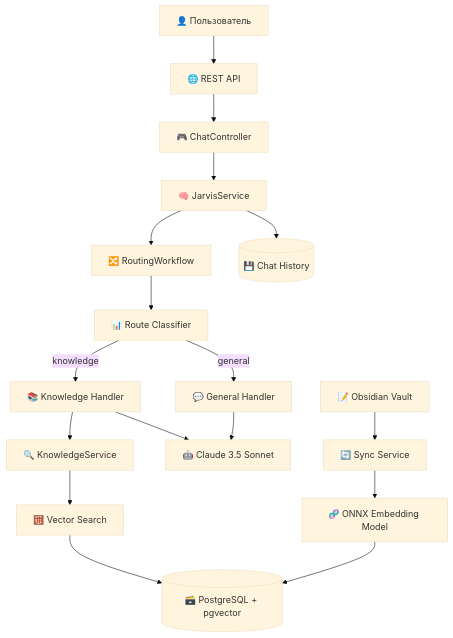
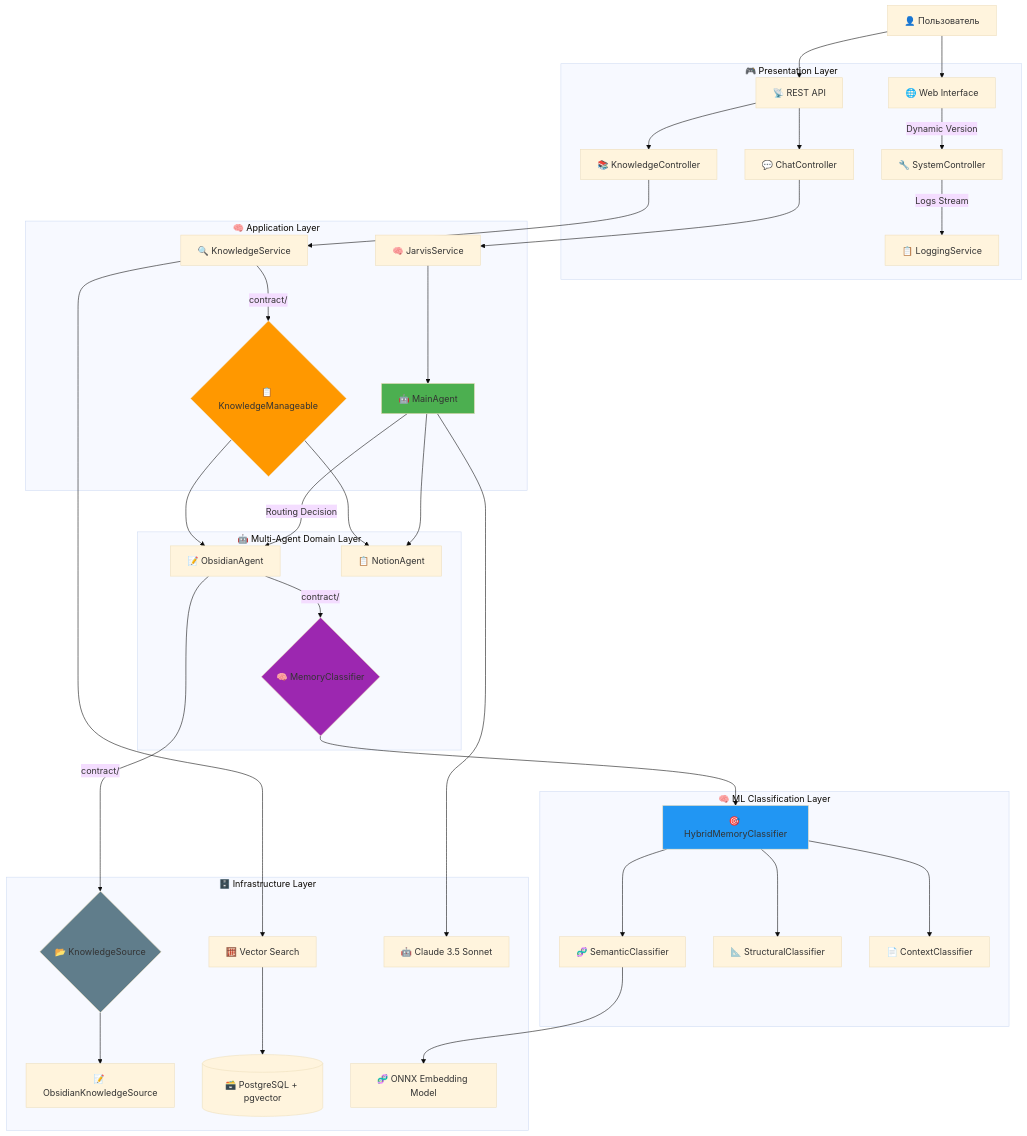
Before and after one commit to Danny-sth/vtoroy: the first of 18 diagrams in ARCHITECTURE.md, drawn with Mermaid (base theme). The commit also changed other lines of this file, not shown here.

First line of the commit message:
docs: Update ARCHITECTURE.md for v0.4.0 with Clean Architecture and ML classification

````diff
--- a/ARCHITECTURE.md
+++ b/ARCHITECTURE.md
@@ -22,25 +24,54 @@
 ```mermaid
 graph TB
-    User[👤 Пользователь] --> API[🌐 REST API]
-    API --> Controller[🎮 ChatController]
-    Controller --> JarvisService[🧠 JarvisService]
+    User[👤 Пользователь] --> WebUI[🌐 Web Interface]
+    User --> API[📡 REST API]
     
-    JarvisService --> RoutingWorkflow[🔀 RoutingWorkflow]
+    subgraph "🎮 Presentation Layer"
+        WebUI --> |Dynamic Version| SystemController[🔧 SystemController]
+        API --> ChatController[💬 ChatController]
+        API --> KnowledgeController[📚 KnowledgeController]
+        SystemController --> |Logs Stream| LoggingService[📋 LoggingService]
+    end
     
-    RoutingWorkflow --> RouteClassifier[📊 Route Classifier]
-    RouteClassifier --> |"knowledge"| KnowledgeHandler[📚 Knowledge Handler]
-    RouteClassifier --> |"general"| GeneralHandler[💬 General Handler]
+    subgraph "🧠 Application Layer"
+        ChatController --> JarvisService[🧠 JarvisService]
+        KnowledgeController --> KnowledgeService[🔍 KnowledgeService]
+        
+        JarvisService --> MainAgent[🤖 MainAgent]
+        KnowledgeService --> |contract/| KnowledgeManageable{📋 KnowledgeManageable}
+    end
     
-    KnowledgeHandler --> KnowledgeService[🔍 KnowledgeService]
-    KnowledgeService --> VectorSearch[🧮 Vector Search]
-    VectorSearch --> PostgreSQL[(🗃️ PostgreSQL + pgvector)]
+    subgraph "🤖 Multi-Agent Domain Layer"
+        MainAgent --> |Routing Decision| ObsidianAgent[📝 ObsidianAgent]
+        MainAgent --> NotionAgent[📋 NotionAgent]
+        
+        KnowledgeManageable --> ObsidianAgent
+        KnowledgeManageable --> NotionAgent
+        
+        ObsidianAgent --> |contract/| MemoryClassifier{🧠 MemoryClassifier}
+    end
     
-    KnowledgeHandler --> Claude[🤖 Claude 3.5 Sonnet]
-    GeneralHandler --> Claude
+    subgraph "🧠 ML Classification Layer"
+        MemoryClassifier --> HybridMemoryClassifier[🎯 HybridMemoryClassifier]
+        HybridMemoryClassifier --> SemanticClassifier[🧬 SemanticClassifier]
+        HybridMemoryClassifier --> StructuralClassifier[📐 StructuralClassifier] 
+        HybridMemoryClassifier --> ContextClassifier[📄 ContextClassifier]
+    end
     
-    JarvisService --> ChatHistory[(💾 Chat History)]
+    subgraph "🗄️ Infrastructure Layer"
+        ObsidianAgent --> |contract/| KnowledgeSource{📂 KnowledgeSource}
+        KnowledgeSource --> ObsidianKnowledgeSource[📝 ObsidianKnowledgeSource]
+        
+        KnowledgeService --> VectorSearch[🧮 Vector Search]
+        VectorSearch --> PostgreSQL[(🗃️ PostgreSQL + pgvector)]
+        
+        MainAgent --> Claude[🤖 Claude 3.5 Sonnet]
+        SemanticClassifier --> EmbeddingModel[🧬 ONNX Embedding Model]
+    end
     
-    ObsidianVault[📝 Obsidian Vault] --> SyncService[🔄 Sync Service]
-    SyncService --> EmbeddingModel[🧬 ONNX Embedding Model]
-    EmbeddingModel --> PostgreSQL
+    style MainAgent fill:#4CAF50
+    style HybridMemoryClassifier fill:#2196F3
+    style KnowledgeManageable fill:#FF9800
+    style MemoryClassifier fill:#9C27B0
+    style KnowledgeSource fill:#607D8B
 ```
````
